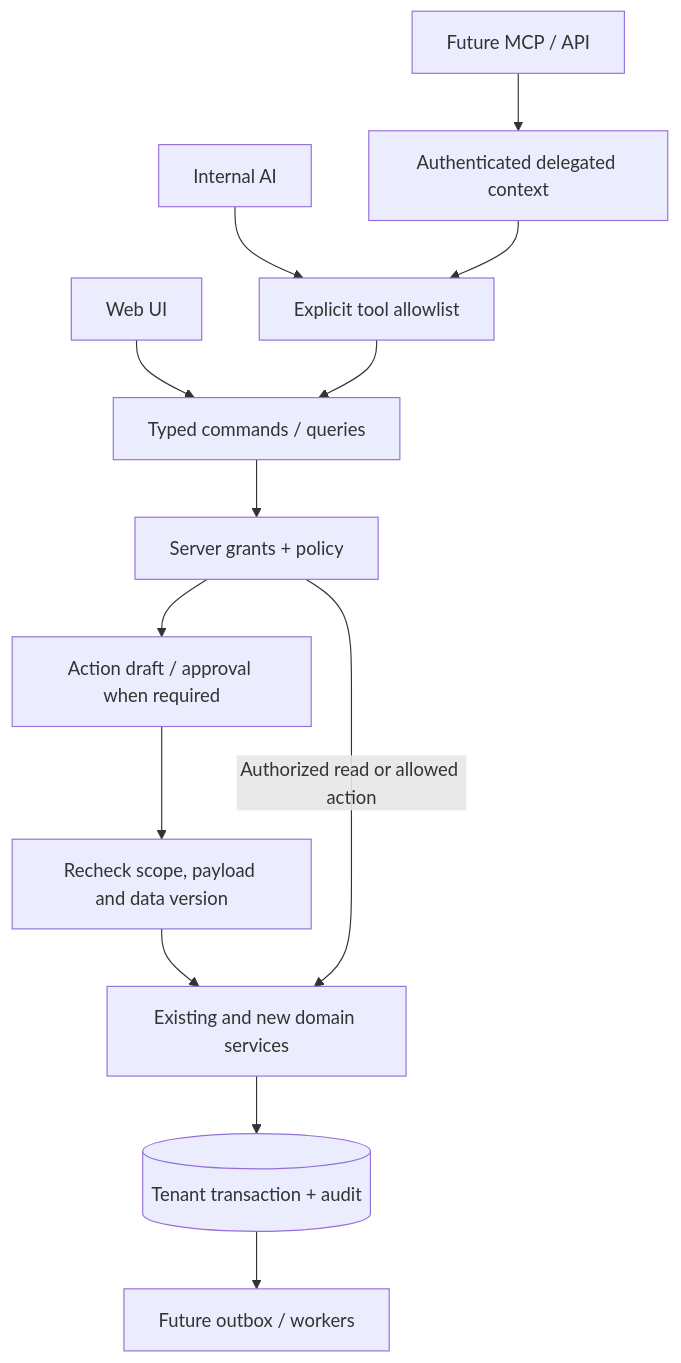
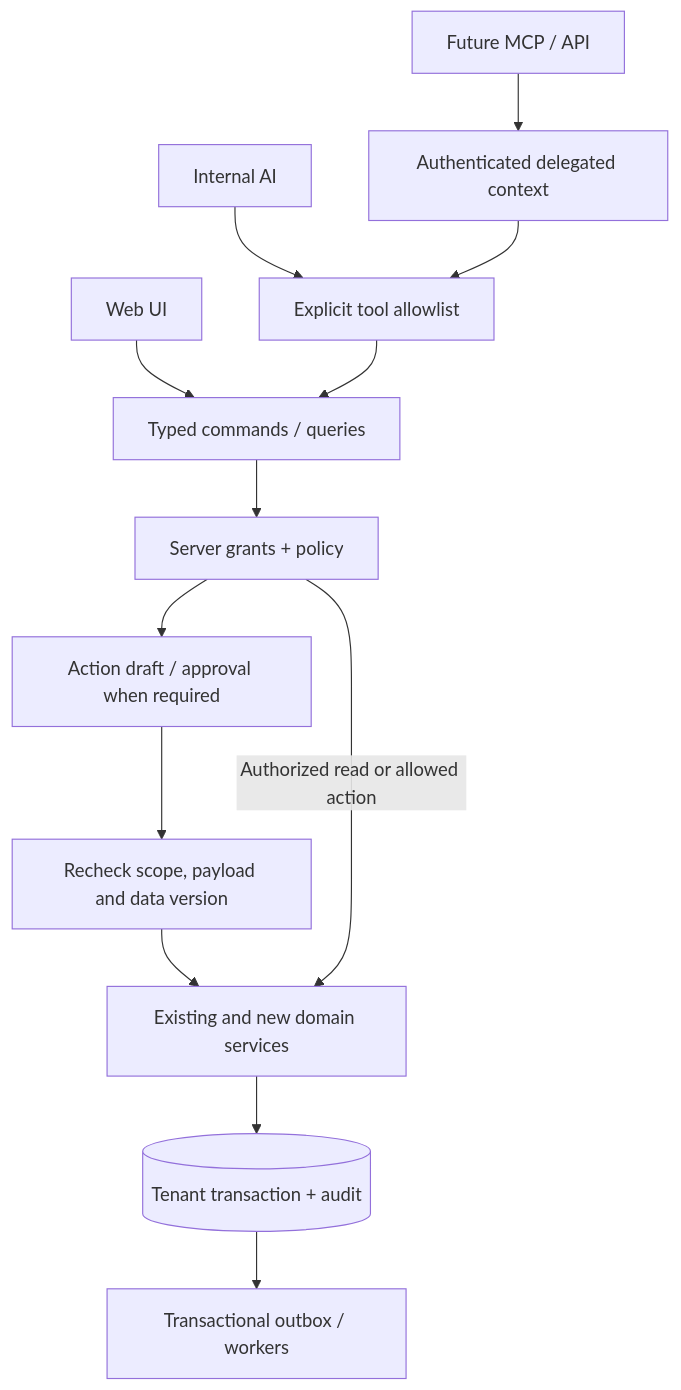
Before and after one commit to kobdesign/commerce-ai: the second of 2 diagrams in docs/03-architecture.md, drawn with Mermaid. The commit also changed other lines of this file and 193 other files, not shown here.

````diff
--- a/docs/03-architecture.md
+++ b/docs/03-architecture.md
@@ -105,15 +105,15 @@
 ```mermaid
 flowchart TD
   UI[Web UI] --> CMD[Typed commands / queries]
   AI[Internal AI] --> TOOLS[Explicit tool allowlist]
   MCP[Future MCP / API] --> AUTH[Authenticated delegated context]
   AUTH --> TOOLS
   TOOLS --> CMD
   CMD --> POLICY[Server grants + policy]
   POLICY --> DRAFT[Action draft / approval when required]
   DRAFT --> CHECK[Recheck scope, payload and data version]
   CHECK --> DOMAIN[Existing and new domain services]
   POLICY -->|Authorized read or allowed action| DOMAIN
   DOMAIN --> DB[(Tenant transaction + audit)]
-  DB --> OUT[Future outbox / workers]
+  DB --> OUT[Transactional outbox / workers]
 ```
````
